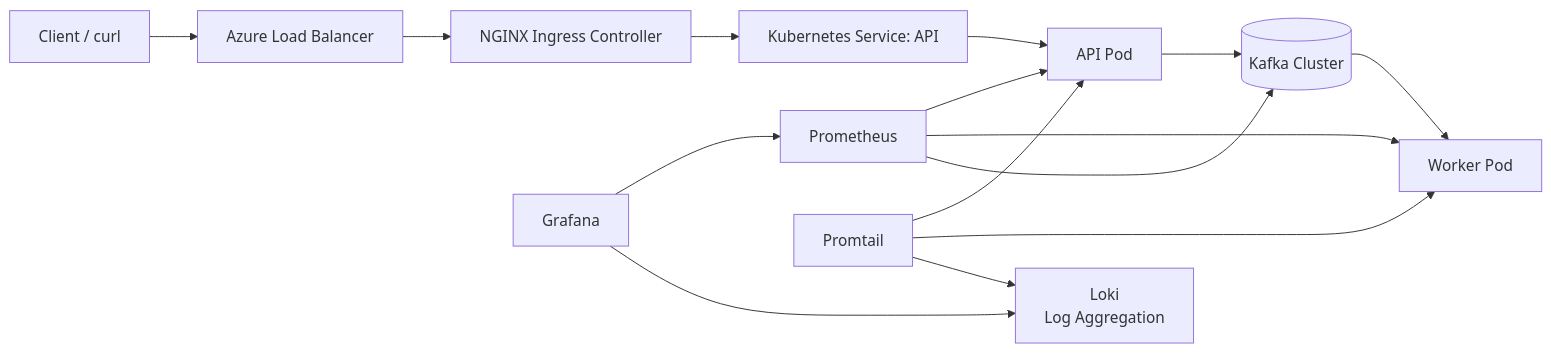
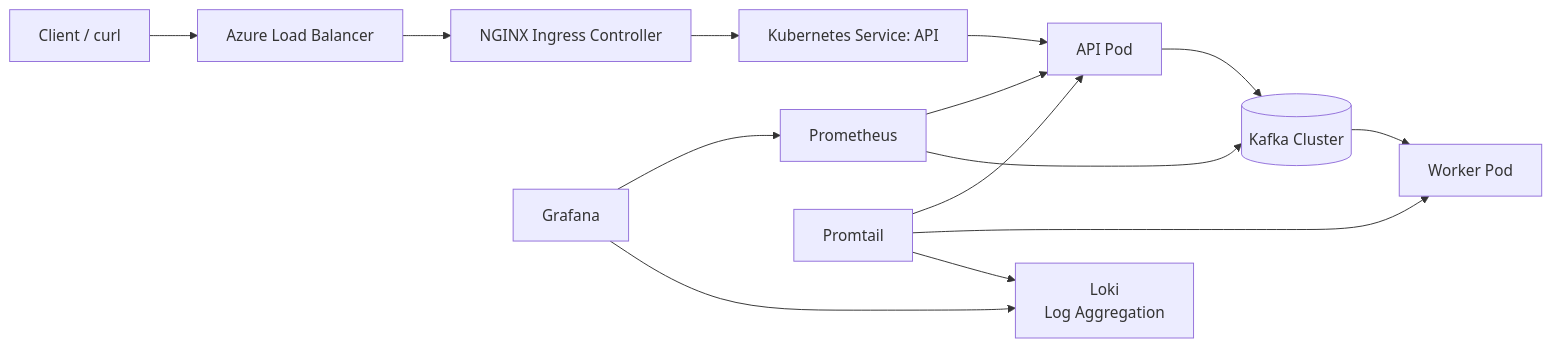
The first of 3 diagrams in README.md (Hugobsb/cloud-architecture-study), drawn with Mermaid before and after one commit. The commit also changed other lines of this file, not shown here.

````diff
--- a/README.md
+++ b/README.md
@@ -29,26 +27,25 @@
-``` mermaid
+```mermaid
 flowchart LR
 
 Client[Client / curl] --> LB[Azure Load Balancer]
 LB --> Ingress[NGINX Ingress Controller]
 
 Ingress --> ServiceAPI[Kubernetes Service: API]
 ServiceAPI --> PodAPI[API Pod]
 
 PodAPI --> Kafka[(Kafka Cluster)]
 
 Kafka --> WorkerPod[Worker Pod]
 
 Prometheus --> PodAPI
-Prometheus --> WorkerPod
 Prometheus --> Kafka
 
 Promtail --> PodAPI
 Promtail --> WorkerPod
 
 Loki[Loki<br/>Log Aggregation]
 Promtail --> Loki
 
 Grafana --> Prometheus
 Grafana --> Loki
 ```
````
